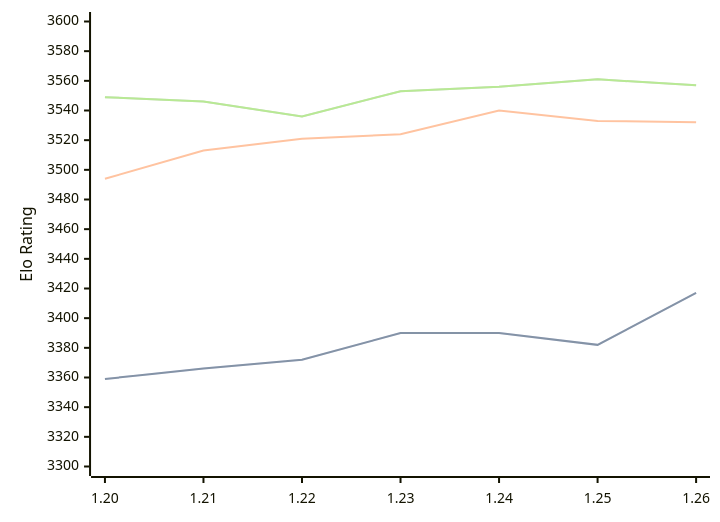
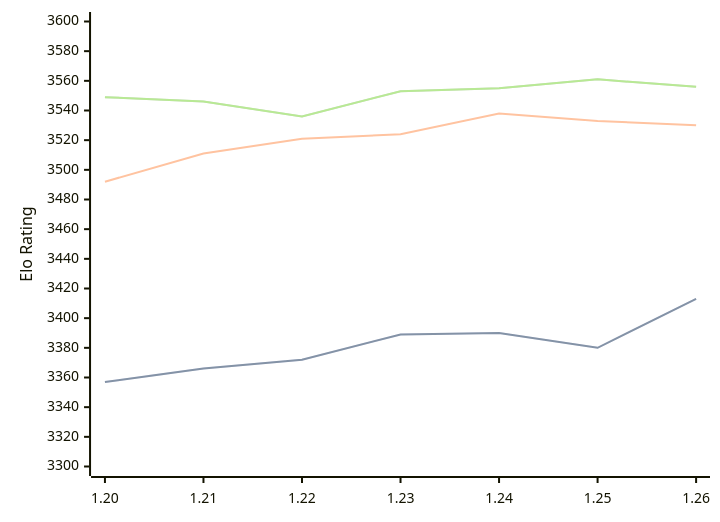
One commit to computer-chess-index/cci changed the diagram in engines/Caissa.md. Above: the diagram before and after it, drawn with Mermaid. The commit also changed other lines of this file, not shown here.

Commit message:
Update CCI Ratings (ELO VLTC) - 2026-09-03

````diff
--- a/engines/Caissa.md
+++ b/engines/Caissa.md
@@ -37,11 +37,11 @@
 ```mermaid
 %%{init: {"theme":"base","themeVariables":{"seriesColors:['#a3a3a3','#222221','#faa371']}}}%%
 xychart-beta
   x-axis ["1.20", "1.21", "1.22", "1.23", "1.24", "1.25", "1.26"]
   y-axis "Elo Rating" 3300 --> 3600
-  line "" [3359, 3366, 3372, 3390, 3390, 3382, 3417]
-  line "STC (8.0+0.08s)" [3359, 3366, 3372, 3390, 3390, 3382, 3417]
-  line "LTC (60.0+0.60s)" [3494, 3513, 3521, 3524, 3540, 3533, 3532]
-  line "" [3549, 3546, 3536, 3553, 3556, 3561, 3557]
-  line "VLTC (2m24s+1.12s)" [3549, 3546, 3536, 3553, 3556, 3561, 3557]
+  line "" [3357, 3366, 3372, 3389, 3390, 3380, 3413]
+  line "STC (8.0+0.08s)" [3357, 3366, 3372, 3389, 3390, 3380, 3413]
+  line "LTC (60.0+0.60s)" [3492, 3511, 3521, 3524, 3538, 3533, 3530]
+  line "" [3549, 3546, 3536, 3553, 3555, 3561, 3556]
+  line "VLTC (2m24s+1.12s)" [3549, 3546, 3536, 3553, 3555, 3561, 3556]
 ```
````
